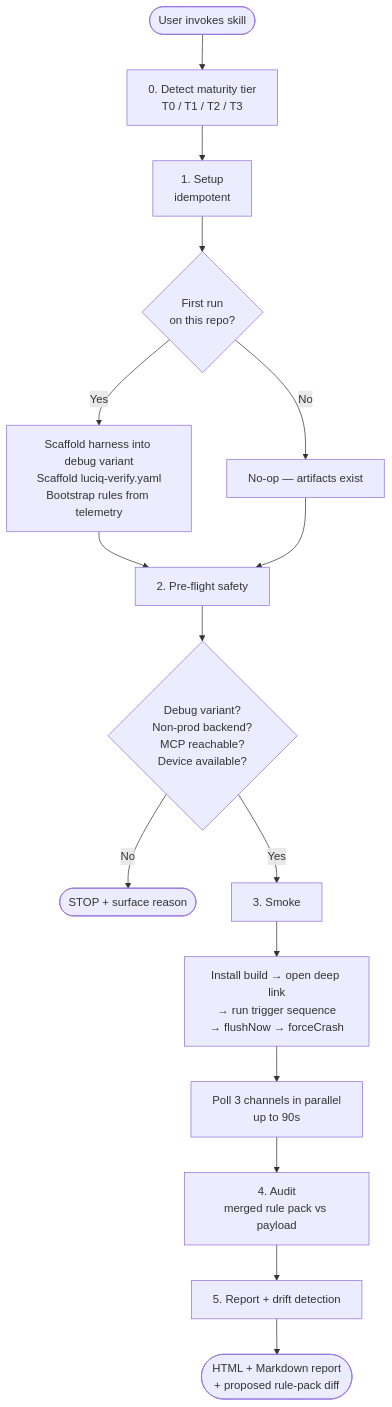
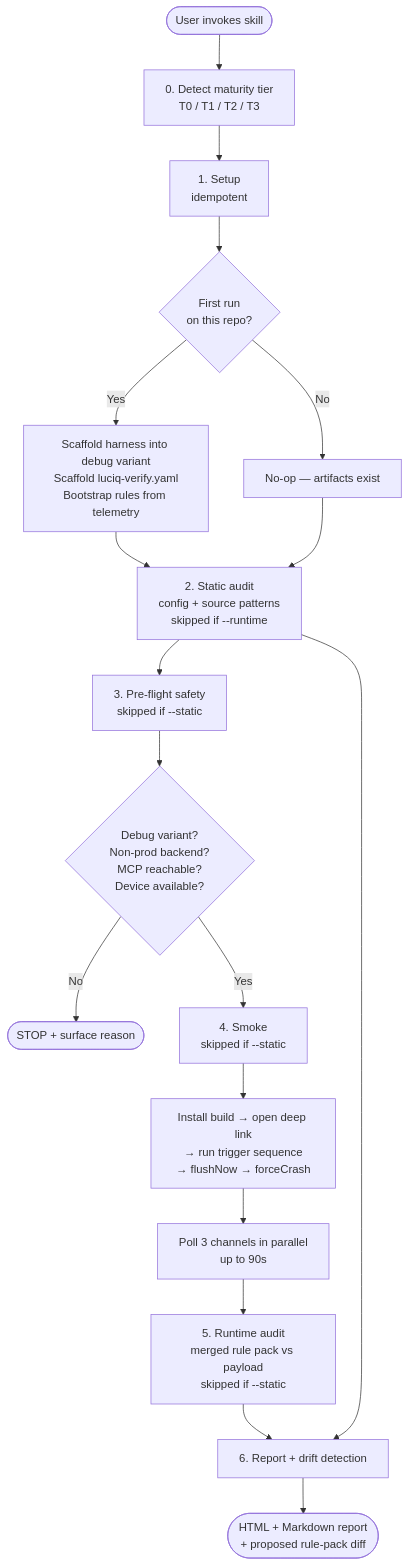
The second of 6 diagrams in plugins/luciq-skills/skills/luciq-verify/README.md (luciqai/agent-skills), drawn with Mermaid before and after one commit. The commit also changed other lines of this file and 9 other files, not shown here.

````diff
--- a/plugins/luciq-skills/skills/luciq-verify/README.md
+++ b/plugins/luciq-skills/skills/luciq-verify/README.md
@@ -64,18 +64,21 @@
 ```mermaid
 flowchart TD
     Start([User invokes skill]) --> P0[0. Detect maturity tier<br/>T0 / T1 / T2 / T3]
     P0 --> P1[1. Setup<br/>idempotent]
     P1 --> P1a{First run<br/>on this repo?}
     P1a -->|Yes| P1b[Scaffold harness into debug variant<br/>Scaffold luciq-verify.yaml<br/>Bootstrap rules from telemetry]
     P1a -->|No| P1c[No-op — artifacts exist]
     P1b --> P2
     P1c --> P2
-    P2[2. Pre-flight safety] --> P2a{Debug variant?<br/>Non-prod backend?<br/>MCP reachable?<br/>Device available?}
-    P2a -->|No| Stop([STOP + surface reason])
-    P2a -->|Yes| P3[3. Smoke]
-    P3 --> P3a[Install build → open deep link<br/>→ run trigger sequence<br/>→ flushNow → forceCrash]
-    P3a --> P3b[Poll 3 channels in parallel<br/>up to 90s]
-    P3b --> P4[4. Audit<br/>merged rule pack vs payload]
-    P4 --> P5[5. Report + drift detection]
-    P5 --> Out([HTML + Markdown report<br/>+ proposed rule-pack diff])
+    P2[2. Static audit<br/>config + source patterns<br/>skipped if --runtime]
+    P2 --> P3[3. Pre-flight safety<br/>skipped if --static]
+    P3 --> P3a{Debug variant?<br/>Non-prod backend?<br/>MCP reachable?<br/>Device available?}
+    P3a -->|No| Stop([STOP + surface reason])
+    P3a -->|Yes| P4[4. Smoke<br/>skipped if --static]
+    P4 --> P4a[Install build → open deep link<br/>→ run trigger sequence<br/>→ flushNow → forceCrash]
+    P4a --> P4b[Poll 3 channels in parallel<br/>up to 90s]
+    P4b --> P5[5. Runtime audit<br/>merged rule pack vs payload<br/>skipped if --static]
+    P2 --> P6
+    P5 --> P6[6. Report + drift detection]
+    P6 --> Out([HTML + Markdown report<br/>+ proposed rule-pack diff])
 ```
````
